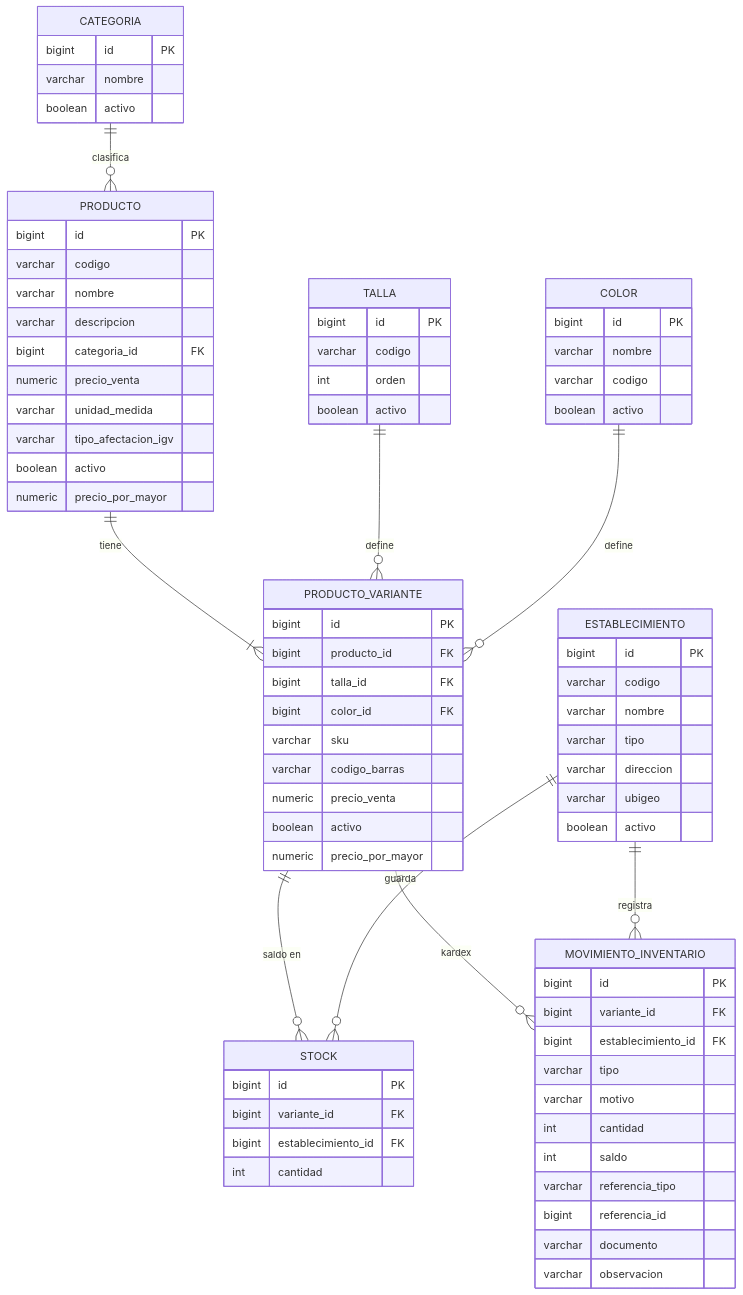
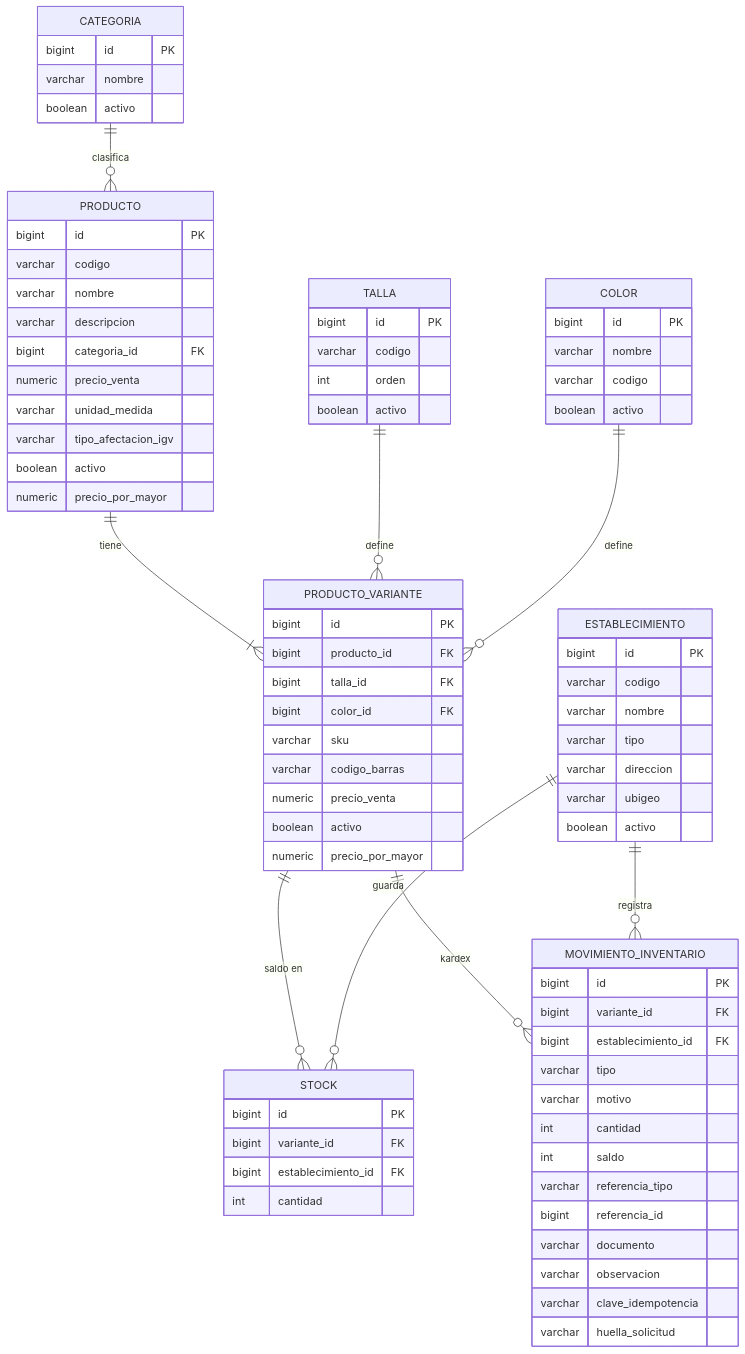
Before and after one commit to JhonAlex1997/All-Store: the first of 4 diagrams in docs/modelo-datos.md, drawn with Mermaid. The commit also changed other lines of this file and 27 other files, not shown here.

````diff
--- a/docs/modelo-datos.md
+++ b/docs/modelo-datos.md
@@ -14,79 +14,81 @@
 ```mermaid
 erDiagram
   CATEGORIA ||--o{ PRODUCTO : "clasifica"
   PRODUCTO ||--|{ PRODUCTO_VARIANTE : "tiene"
   TALLA ||--o{ PRODUCTO_VARIANTE : "define"
   COLOR ||--o{ PRODUCTO_VARIANTE : "define"
   PRODUCTO_VARIANTE ||--o{ STOCK : "saldo en"
   ESTABLECIMIENTO ||--o{ STOCK : "guarda"
   PRODUCTO_VARIANTE ||--o{ MOVIMIENTO_INVENTARIO : "kardex"
   ESTABLECIMIENTO ||--o{ MOVIMIENTO_INVENTARIO : "registra"
   CATEGORIA {
     bigint id PK
     varchar nombre
     boolean activo
   }
   TALLA {
     bigint id PK
     varchar codigo
     int orden
     boolean activo
   }
   COLOR {
     bigint id PK
     varchar nombre
     varchar codigo
     boolean activo
   }
   PRODUCTO {
     bigint id PK
     varchar codigo
     varchar nombre
     varchar descripcion
     bigint categoria_id FK
     numeric precio_venta
     varchar unidad_medida
     varchar tipo_afectacion_igv
     boolean activo
     numeric precio_por_mayor
   }
   PRODUCTO_VARIANTE {
     bigint id PK
     bigint producto_id FK
     bigint talla_id FK
     bigint color_id FK
     varchar sku
     varchar codigo_barras
     numeric precio_venta
     boolean activo
     numeric precio_por_mayor
   }
   ESTABLECIMIENTO {
     bigint id PK
     varchar codigo
     varchar nombre
     varchar tipo
     varchar direccion
     varchar ubigeo
     boolean activo
   }
   STOCK {
     bigint id PK
     bigint variante_id FK
     bigint establecimiento_id FK
     int cantidad
   }
   MOVIMIENTO_INVENTARIO {
     bigint id PK
     bigint variante_id FK
     bigint establecimiento_id FK
     varchar tipo
     varchar motivo
     int cantidad
     int saldo
     varchar referencia_tipo
     bigint referencia_id
     varchar documento
     varchar observacion
+    varchar clave_idempotencia
+    varchar huella_solicitud
   }
 ```
````
